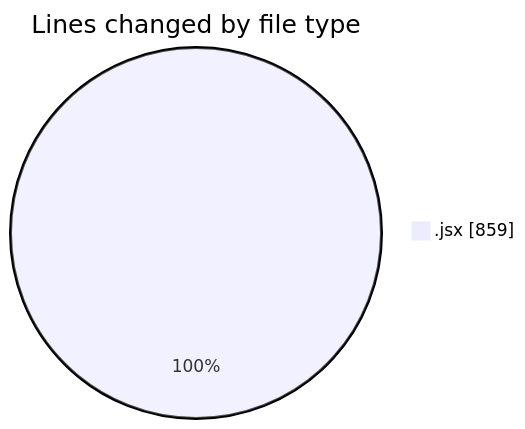
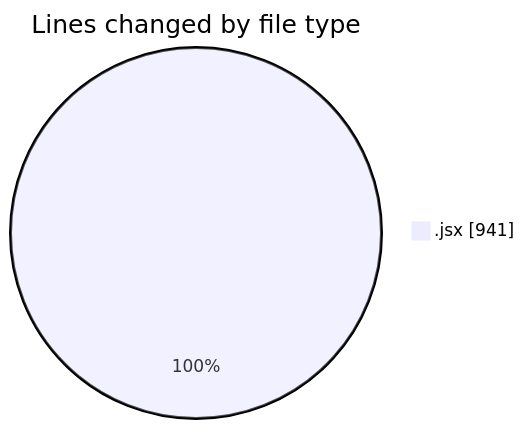
One commit to nxtqubesakshisongat/code-tracking changed the first of 2 diagrams in 2025-12-08/nxtqube_webapp/README.md. Above: the diagram before and after it, drawn with Mermaid. The commit also changed other lines of this file and 1 other file, not shown here.

````diff
--- a/2025-12-08/nxtqube_webapp/README.md
+++ b/2025-12-08/nxtqube_webapp/README.md
@@ -22,5 +22,5 @@
 ```mermaid
 pie showData
 title Lines changed by file type
-".jsx" : 859
+".jsx" : 941
 ```
````
